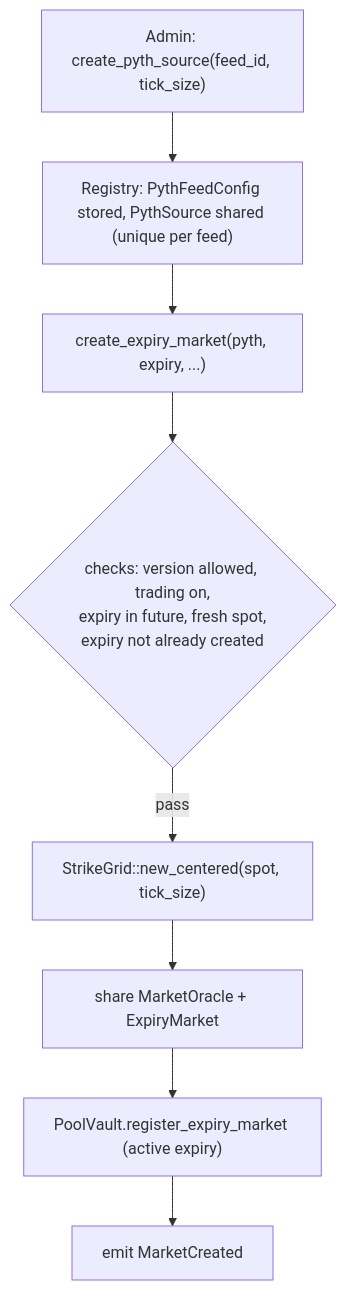
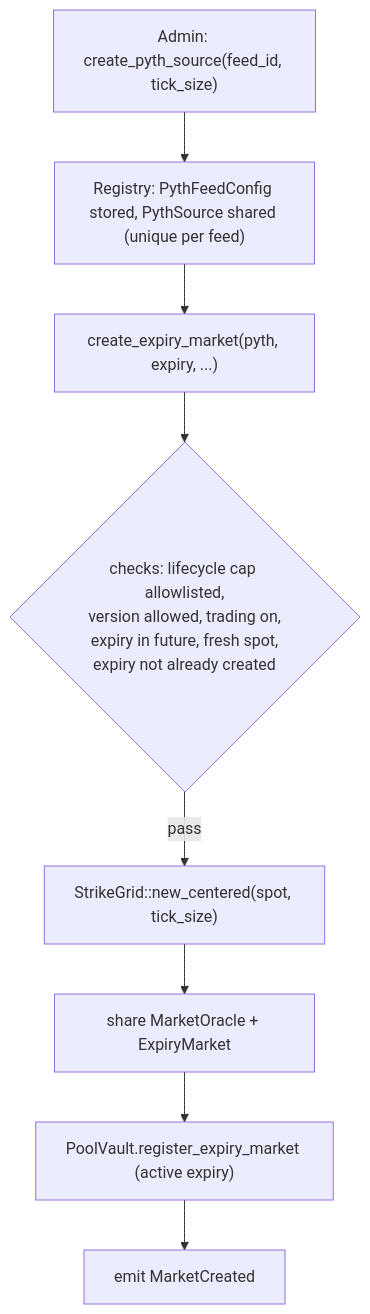
One commit to MystenLabs/deepbookv3 changed the first of 3 diagrams in packages/predict/docs/concepts/markets-and-positions.md. Above: the diagram before and after it, drawn with Mermaid. The commit also changed other lines of this file and 27 other files, not shown here.

````diff
--- a/packages/predict/docs/concepts/markets-and-positions.md
+++ b/packages/predict/docs/concepts/markets-and-positions.md
@@ -29,10 +29,10 @@
 ```mermaid
 flowchart TD
   A["Admin: create_pyth_source(feed_id, tick_size)"] --> B["Registry: PythFeedConfig stored, PythSource shared (unique per feed)"]
   B --> C["create_expiry_market(pyth, expiry, ...)"]
-  C --> D{"checks: version allowed, trading on,<br/>expiry in future, fresh spot,<br/>expiry not already created"}
+  C --> D{"checks: lifecycle cap allowlisted,<br/>version allowed, trading on,<br/>expiry in future, fresh spot,<br/>expiry not already created"}
   D -->|pass| E["StrikeGrid::new_centered(spot, tick_size)"]
   E --> F["share MarketOracle + ExpiryMarket"]
   F --> G["PoolVault.register_expiry_market (active expiry)"]
   G --> H["emit MarketCreated"]
 ```
````
